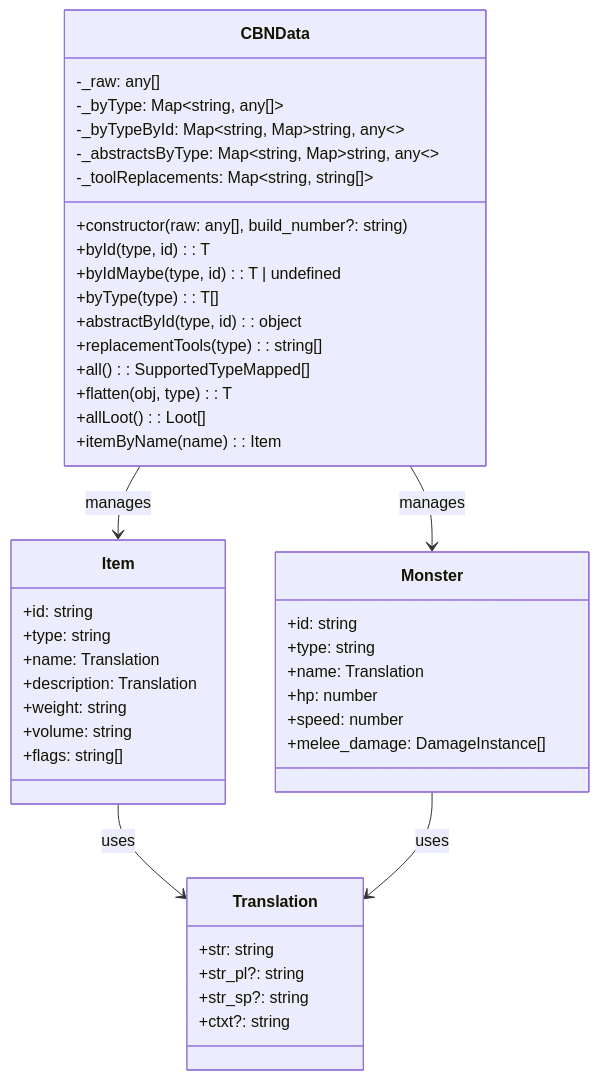
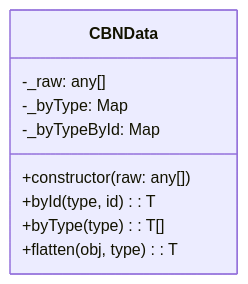
One commit to ushkinaz/cbn-guide changed the sixth of 8 diagrams in docs/architecture.md. Above: the diagram before and after it, drawn with Mermaid. The commit also changed other lines of this file, not shown here.

Commit message:
docs(architecture): update architecture documentation to clarify system components, data flow, and caching strategies for better understanding

````diff
--- a/docs/architecture.md
+++ b/docs/architecture.md
@@ -174,51 +210,12 @@
 ```mermaid
 classDiagram
     class CBNData {
         -_raw: any[]
-        -_byType: Map~string, any[]~
-        -_byTypeById: Map~string, Map~string, any~~
-        -_abstractsByType: Map~string, Map~string, any~~
-        -_toolReplacements: Map~string, string[]~
-        +constructor(raw: any[], build_number?: string)
+        -_byType: Map
+        -_byTypeById: Map
+        +constructor(raw: any[])
         +byId(type, id): T
-        +byIdMaybe(type, id): T | undefined
         +byType(type): T[]
-        +abstractById(type, id): object
-        +replacementTools(type): string[]
-        +all(): SupportedTypeMapped[]
         +flatten(obj, type): T
-        +allLoot(): Loot[]
-        +itemByName(name): Item
     }
-
-    class Translation {
-        +str: string
-        +str_pl?: string
-        +str_sp?: string
-        +ctxt?: string
-    }
-
-    class Item {
-        +id: string
-        +type: string
-        +name: Translation
-        +description: Translation
-        +weight: string
-        +volume: string
-        +flags: string[]
-    }
-
-    class Monster {
-        +id: string
-        +type: string
-        +name: Translation
-        +hp: number
-        +speed: number
-        +melee_damage: DamageInstance[]
-    }
-
-    CBNData --> Item : manages
-    CBNData --> Monster : manages
-    Item --> Translation : uses
-    Monster --> Translation : uses
 ```
````
